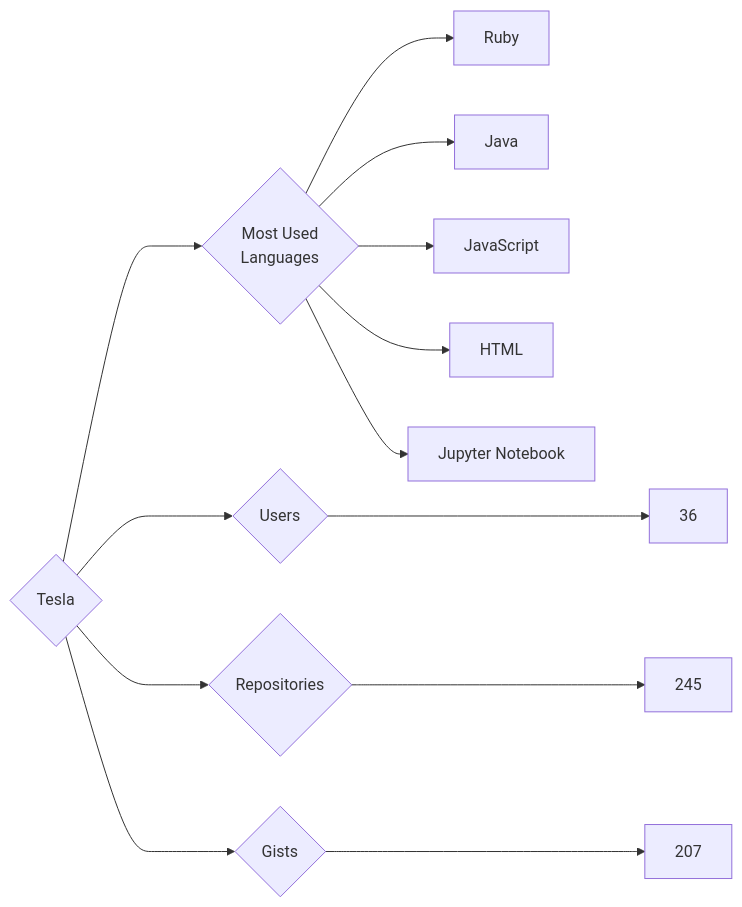
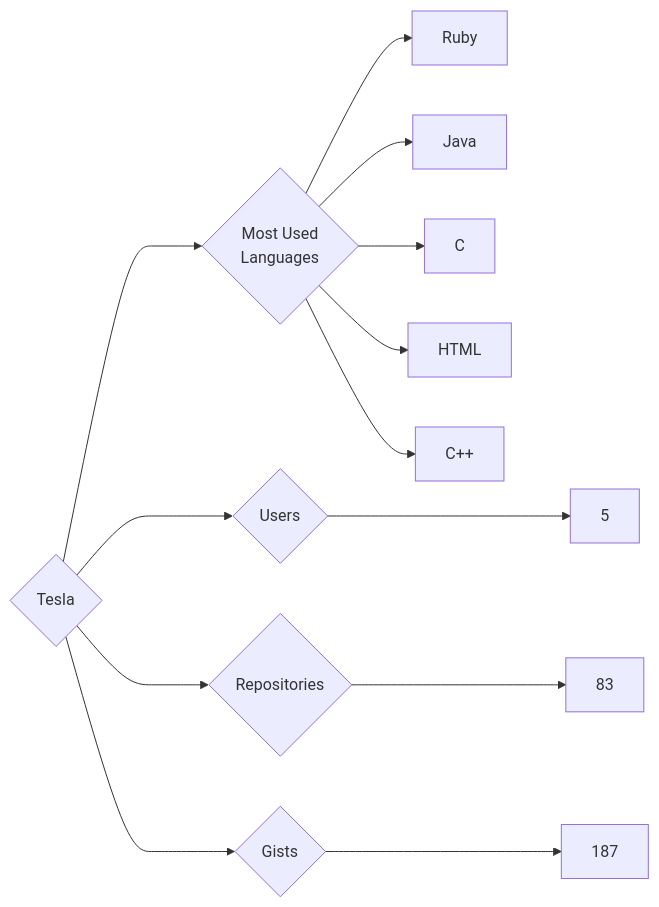
Before and after one commit to trickest/insiders: the diagram in targets/Tesla/README.md, drawn with Mermaid. The commit also changed 715 other files, not shown here.

````diff
--- a/targets/Tesla/README.md
+++ b/targets/Tesla/README.md
@@ -3,13 +3,13 @@
 ```mermaid
 graph LR
 COMPANY_NAME{Tesla}
-COMPANY_NAME ---> U{Users} ---> UN[36]
-COMPANY_NAME ---> R{Repositories} ---> RN[245]
-COMPANY_NAME ---> G{Gists} ---> GN[207]
+COMPANY_NAME ---> U{Users} ---> UN[5]
+COMPANY_NAME ---> R{Repositories} ---> RN[83]
+COMPANY_NAME ---> G{Gists} ---> GN[187]
 COMPANY_NAME ---> ML{Most Used<br>Languages}
 ML --> Ruby[Ruby]
 ML --> Java[Java]
-ML --> JavaScript[JavaScript]
+ML --> C[C]
 ML --> HTML[HTML]
-ML --> Jupyter_Notebook[Jupyter Notebook]
+ML --> C++[C++]
 ```
````
